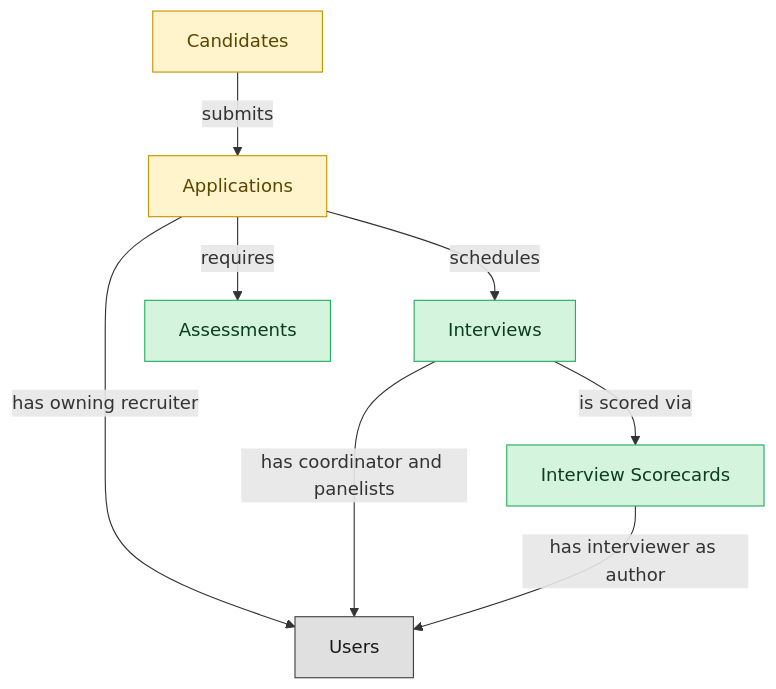
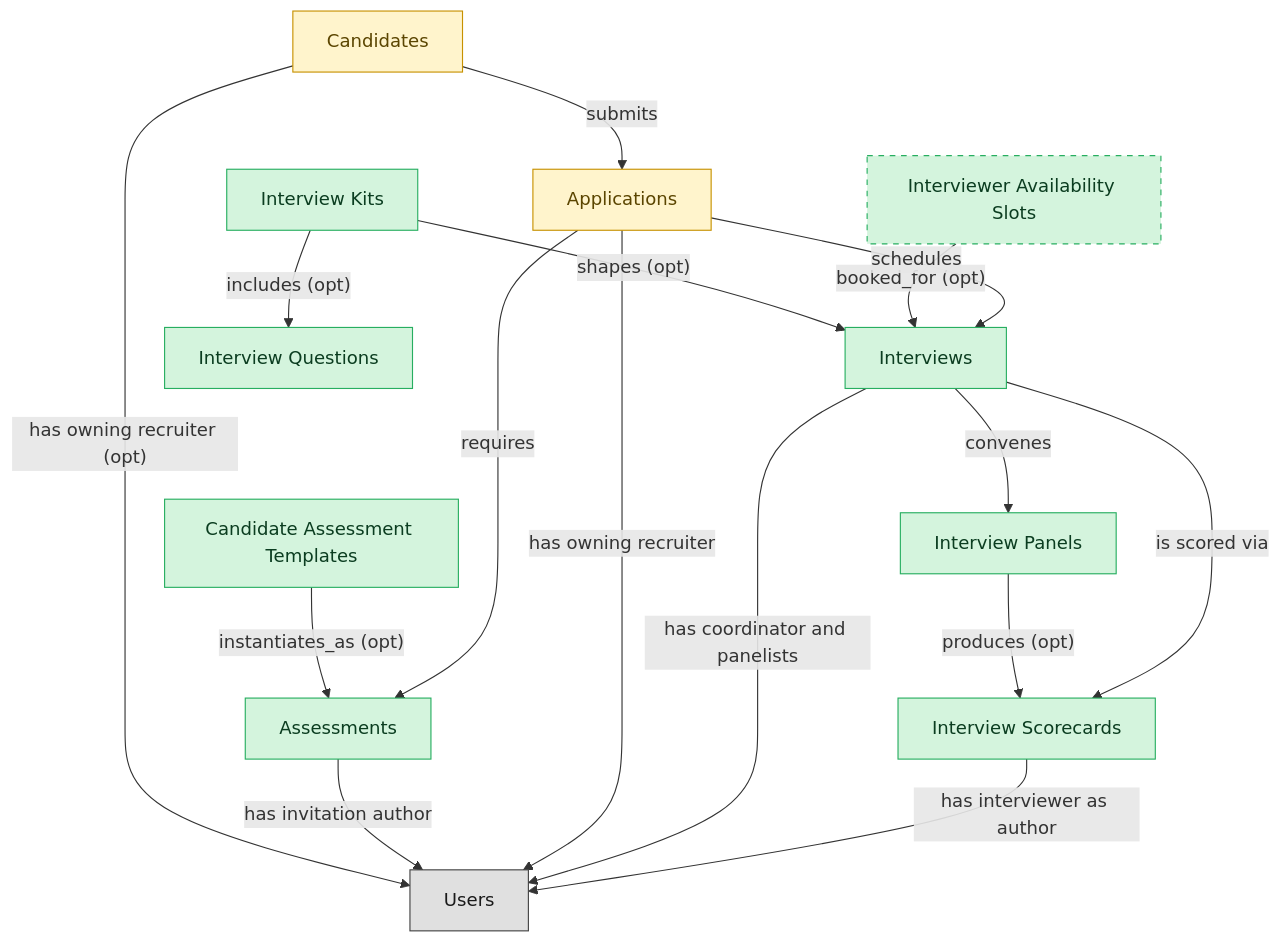
The diagram in catalog/blueprints/ats-interviews-semantic-blueprint.md (IntranetFactory/domain-map), drawn with Mermaid before and after one commit. The commit also changed other lines of this file and 170 other files, not shown here.

````diff
--- a/catalog/blueprints/ats-interviews-semantic-blueprint.md
+++ b/catalog/blueprints/ats-interviews-semantic-blueprint.md
@@ -30,25 +37,44 @@
 ```mermaid
 flowchart TD
   classDef master fill:#d4f4dd,stroke:#27ae60,color:#0b3d20;
   classDef embedded_master fill:#fff4cc,stroke:#c79100,color:#5b4500;
   classDef platform_builtin fill:#e0e0e0,stroke:#424242,color:#1a1a1a;
   interviews["Interviews"]
   interview_scorecards["Interview Scorecards"]
   candidates["Candidates"]
   job_applications["Applications"]
   candidate_assessments["Assessments"]
+  interview_kits["Interview Kits"]
+  interview_panels["Interview Panels"]
+  candidate_assessment_templates["Candidate Assessment Templates"]
+  interview_questions["Interview Questions"]
+  interviewer_availability_slots["Interviewer Availability Slots"]
   users["Users"]
+  interview_kits -->|"shapes (opt)"| interviews
+  interview_kits -->|"includes (opt)"| interview_questions
+  interviews -->|"convenes"| interview_panels
+  interview_panels -->|"produces (opt)"| interview_scorecards
+  candidate_assessment_templates -->|"instantiates_as (opt)"| candidate_assessments
+  interviewer_availability_slots -->|"booked_for (opt)"| interviews
   candidates -->|"submits"| job_applications
   job_applications -->|"schedules"| interviews
   interviews -->|"is scored via"| interview_scorecards
   job_applications -->|"requires"| candidate_assessments
+  candidates -->|"has owning recruiter (opt)"| users
+  candidate_assessments -->|"has invitation author"| users
   job_applications -->|"has owning recruiter"| users
   interviews -->|"has coordinator and panelists"| users
   interview_scorecards -->|"has interviewer as author"| users
   class interviews master;
   class interview_scorecards master;
   class candidates embedded_master;
   class job_applications embedded_master;
   class candidate_assessments master;
+  class interview_kits master;
+  class interview_panels master;
+  class candidate_assessment_templates master;
+  class interview_questions master;
+  class interviewer_availability_slots master;
   class users platform_builtin;
+  style interviewer_availability_slots stroke-dasharray:5 5;
 ```
````
